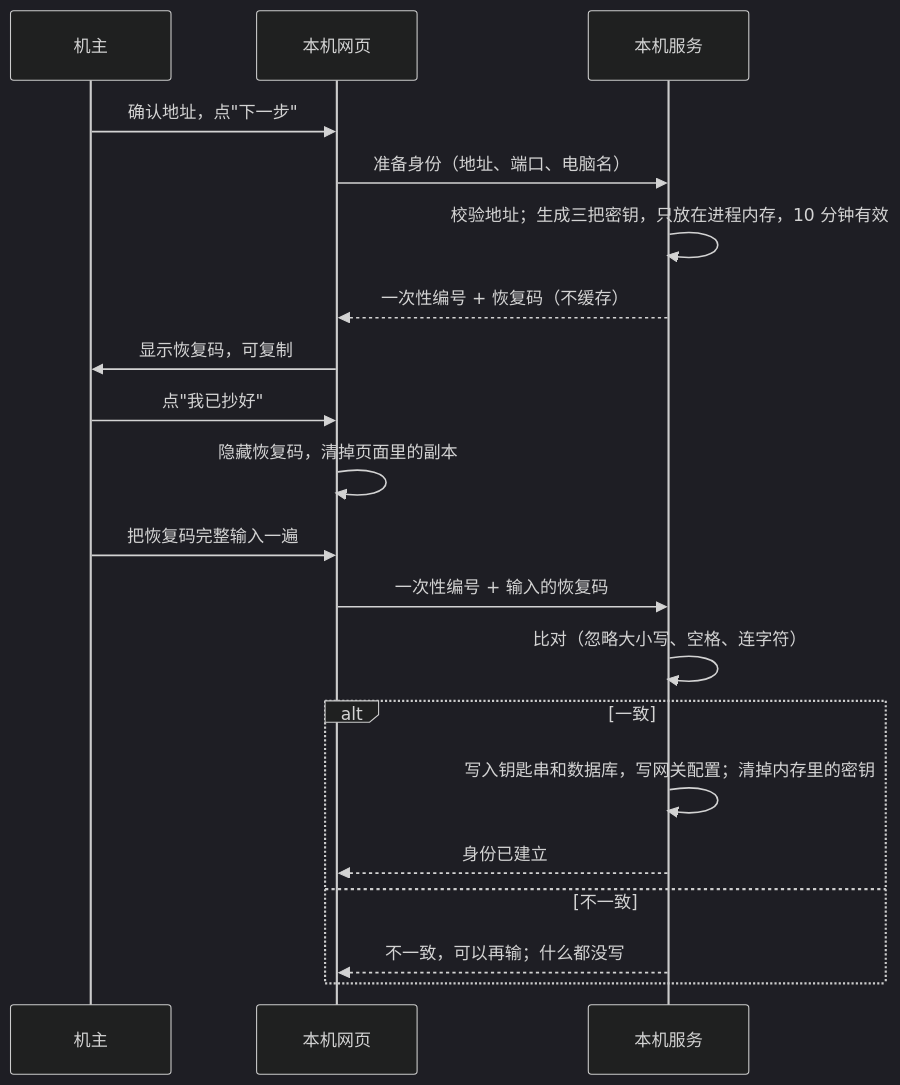
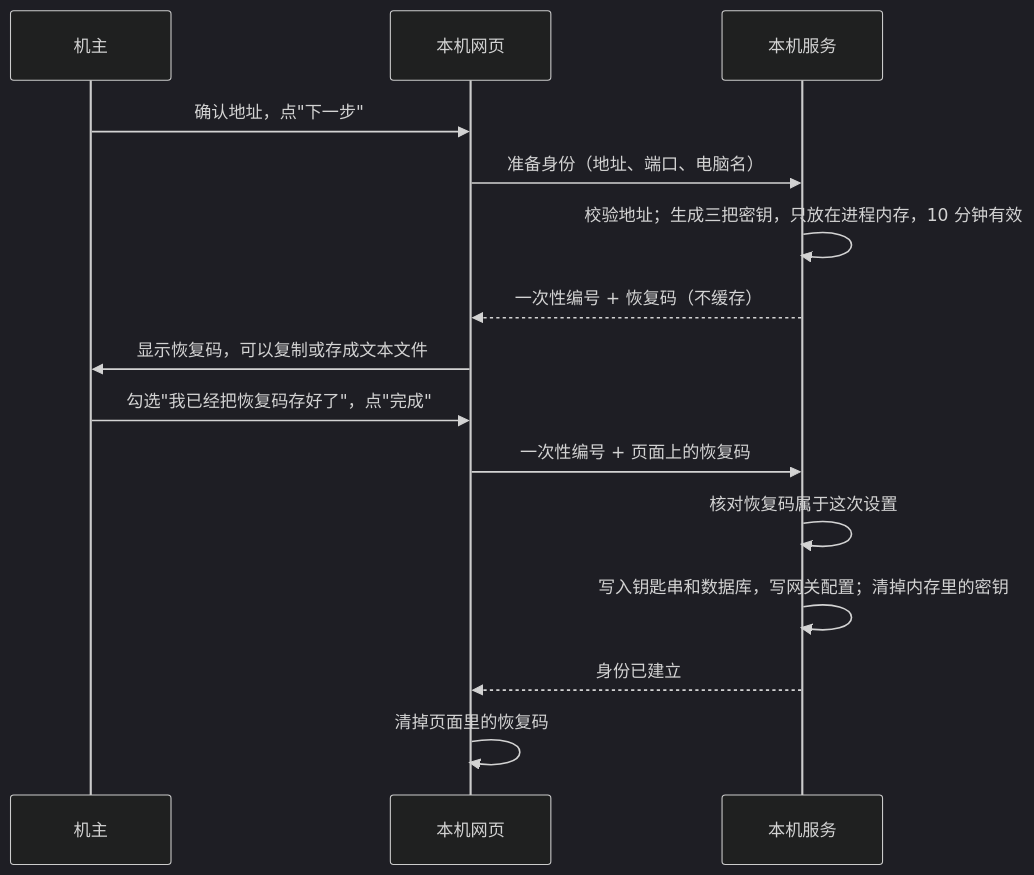
Before and after one commit to Sugarfarmeriod/TunnelMinion: the second of 2 diagrams in docs/design/web-onboarding.md, drawn with Mermaid (dark theme). The commit also changed other lines of this file and 7 other files, not shown here.

````diff
--- a/docs/design/web-onboarding.md
+++ b/docs/design/web-onboarding.md
@@ -89,22 +89,17 @@
 ```mermaid
 sequenceDiagram
     participant U as 机主
     participant P as 本机网页
     participant S as 本机服务
     U->>P: 确认地址，点"下一步"
     P->>S: 准备身份（地址、端口、电脑名）
     S->>S: 校验地址；生成三把密钥，只放在进程内存，10 分钟有效
     S-->>P: 一次性编号 + 恢复码（不缓存）
-    P->>U: 显示恢复码，可复制
-    U->>P: 点"我已抄好"
-    P->>P: 隐藏恢复码，清掉页面里的副本
-    U->>P: 把恢复码完整输入一遍
-    P->>S: 一次性编号 + 输入的恢复码
-    S->>S: 比对（忽略大小写、空格、连字符）
-    alt 一致
-        S->>S: 写入钥匙串和数据库，写网关配置；清掉内存里的密钥
-        S-->>P: 身份已建立
-    else 不一致
-        S-->>P: 不一致，可以再输；什么都没写
-    end
+    P->>U: 显示恢复码，可以复制或存成文本文件
+    U->>P: 勾选"我已经把恢复码存好了"，点"完成"
+    P->>S: 一次性编号 + 页面上的恢复码
+    S->>S: 核对恢复码属于这次设置
+    S->>S: 写入钥匙串和数据库，写网关配置；清掉内存里的密钥
+    S-->>P: 身份已建立
+    P->>P: 清掉页面里的恢复码
 ```
````
